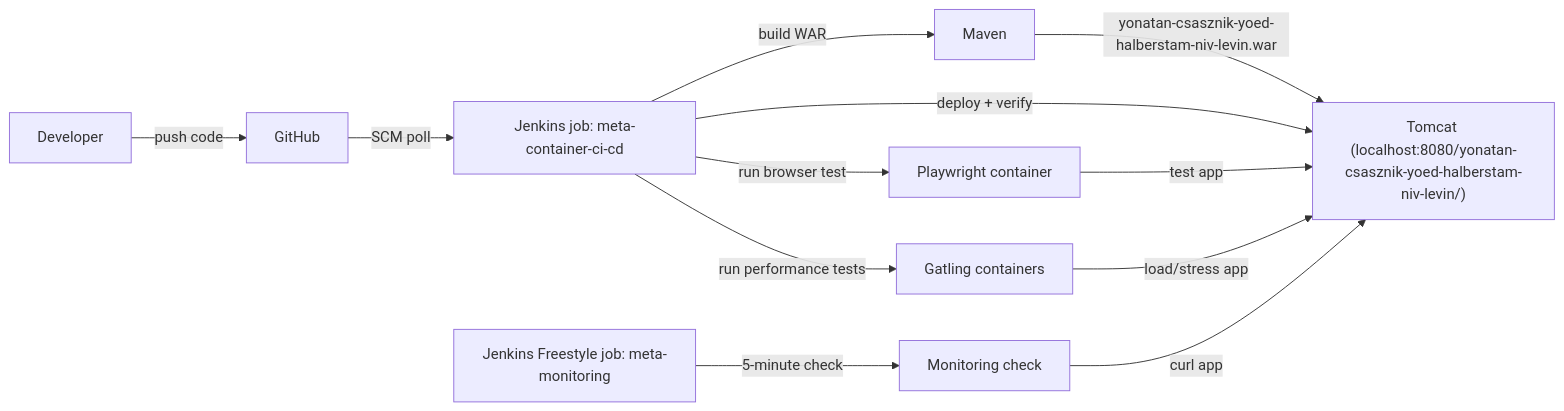
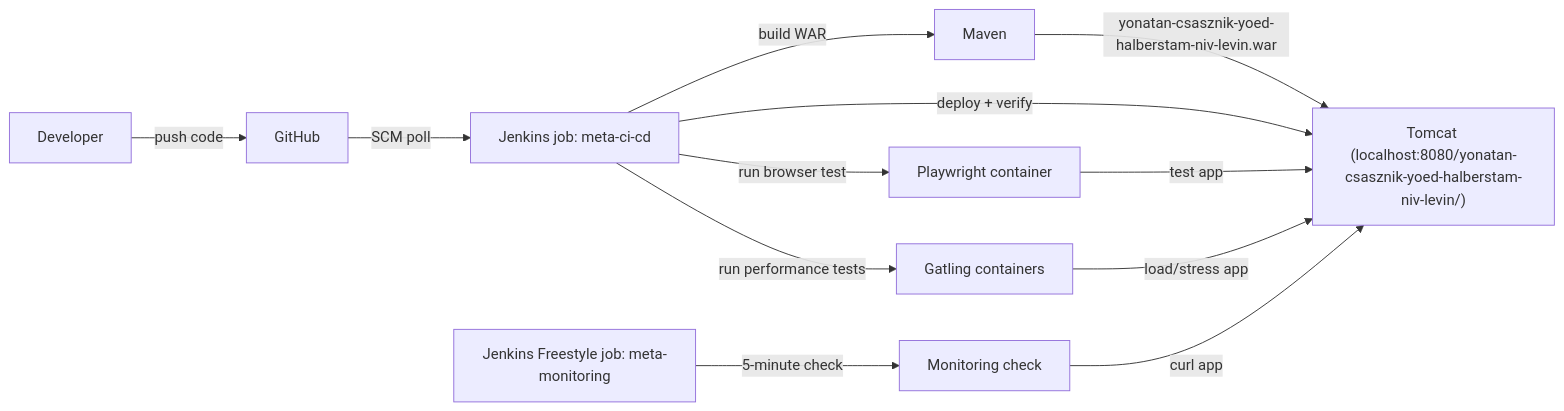
The first of 3 diagrams in docs/architecture.md (y0ncha/meta-final-project), drawn with Mermaid before and after one commit. The commit also changed other lines of this file and 14 other files, not shown here.

Commit message:
Rename Jenkins CI/CD job to meta-ci-cd

````diff
--- a/docs/architecture.md
+++ b/docs/architecture.md
@@ -7,14 +7,14 @@
 ```mermaid
 flowchart LR
   Dev["Developer"] -->|push code| GitHub["GitHub"]
-  GitHub -->|SCM poll| CICD["Jenkins job: meta-container-ci-cd"]
+  GitHub -->|SCM poll| CICD["Jenkins job: meta-ci-cd"]
   CICD -->|build WAR| Maven["Maven"]
   Maven -->|yonatan-csasznik-yoed-halberstam-niv-levin.war| Tomcat["Tomcat (localhost:8080/yonatan-csasznik-yoed-halberstam-niv-levin/)"]
   CICD -->|deploy + verify| Tomcat
   CICD -->|run browser test| Playwright["Playwright container"]
   Playwright -->|test app| Tomcat
   CICD -->|run performance tests| Gatling["Gatling containers"]
   Gatling -->|load/stress app| Tomcat
   MonitorJob["Jenkins Freestyle job: meta-monitoring"] -->|5-minute check| Monitor["Monitoring check"]
   Monitor -->|curl app| Tomcat
 ```
````
